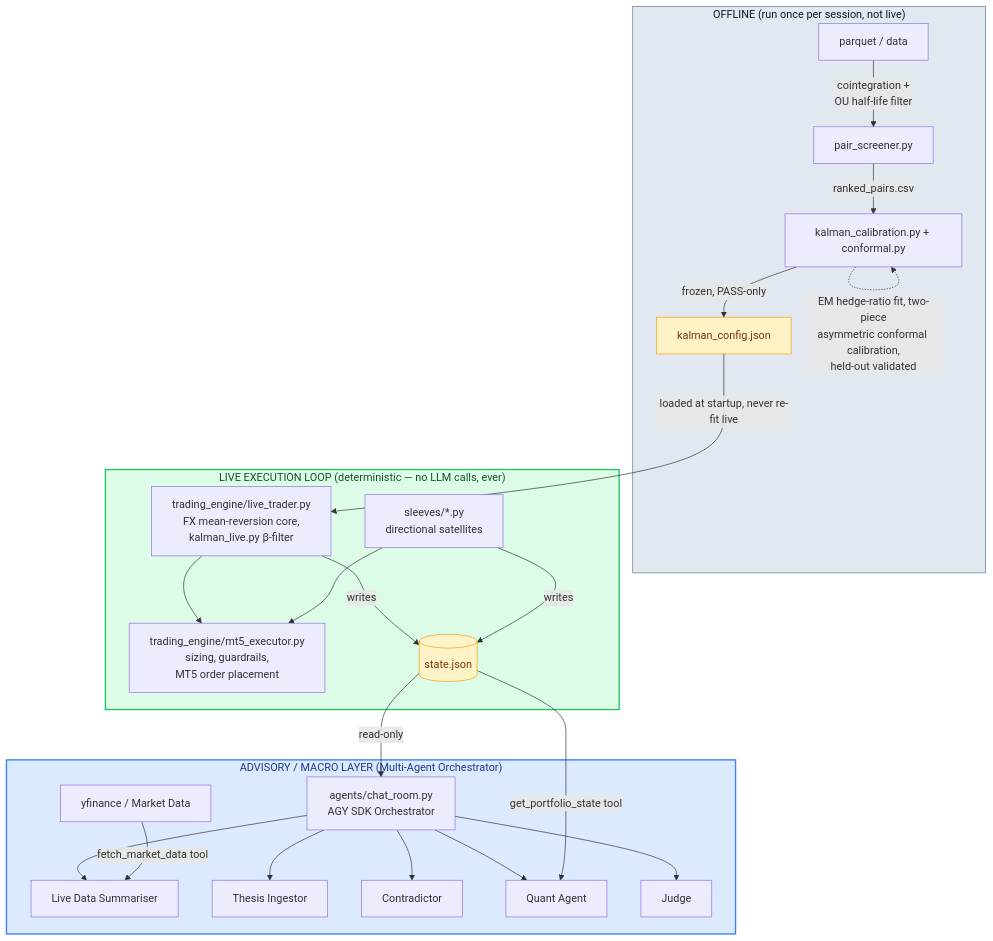
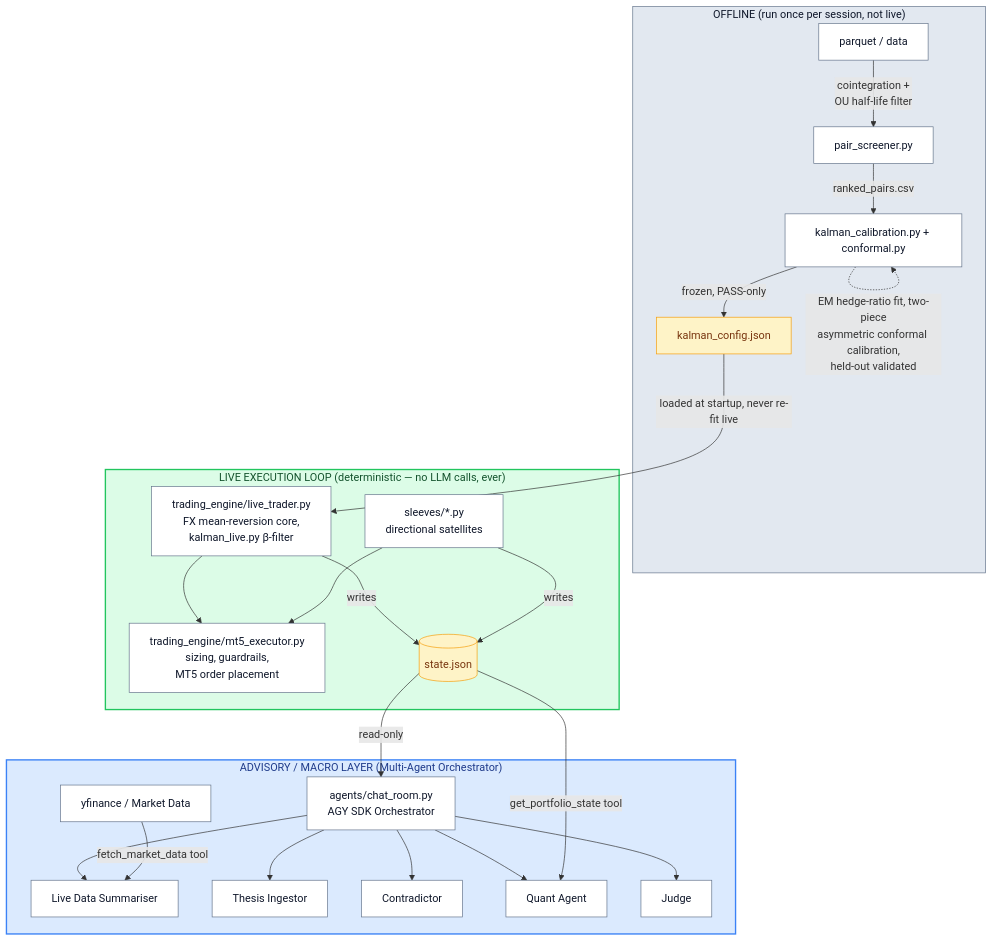
One commit to timotheemaurin2005/model-to-market-quant-hack changed the diagram in README.md. Above: the diagram before and after it, drawn with Mermaid.

Commit message:
docs: Fix Mermaid node coloring in dark mode

````diff
--- a/README.md
+++ b/README.md
@@ -31,47 +31,48 @@
 ```mermaid
 flowchart TD
     subgraph Offline["OFFLINE (run once per session, not live)"]
         A1[parquet / data] -->|cointegration +\nOU half-life filter| A2[pair_screener.py]
         A2 -->|ranked_pairs.csv| A3[kalman_calibration.py + conformal.py]
         A3 -.->|EM hedge-ratio fit, two-piece\nasymmetric conformal calibration,\nheld-out validated| A3
         A3 -->|frozen, PASS-only| A4[kalman_config.json]
     end
 
     A4 -->|loaded at startup, never re-fit live| B1
 
     subgraph LiveLoop["LIVE EXECUTION LOOP (deterministic — no LLM calls, ever)"]
         B1[trading_engine/live_trader.py\nFX mean-reversion core,\nkalman_live.py β-filter]
         B2[sleeves/*.py\ndirectional satellites]
         
         B1 --> B3[trading_engine/mt5_executor.py\nsizing, guardrails,\nMT5 order placement]
         B2 --> B3
         
         B1 -->|writes| B4[(state.json)]
         B2 -->|writes| B4
     end
 
     B4 -->|read-only| C1
 
     subgraph Advisory["ADVISORY / MACRO LAYER (Multi-Agent Orchestrator)"]
         C1[agents/chat_room.py\nAGY SDK Orchestrator] 
         
         C1 --> S1[Live Data Summariser]
         C1 --> S2[Thesis Ingestor]
         C1 --> S3[Contradictor]
         C1 --> S4[Quant Agent]
         C1 --> S5[Judge]
         
         C2[yfinance / Market Data] -->|fetch_market_data tool| S1
         B4 -->|get_portfolio_state tool| S4
     end
 
+    classDef default fill:#ffffff,stroke:#64748b,stroke-width:1px,color:#0f172a
     classDef offline fill:#e2e8f0,stroke:#64748b,stroke-width:1px,color:#0f172a
     classDef live fill:#dcfce7,stroke:#22c55e,stroke-width:2px,color:#14532d
     classDef advisory fill:#dbeafe,stroke:#3b82f6,stroke-width:2px,color:#1e3a8a
     classDef data fill:#fef3c7,stroke:#f59e0b,stroke-width:1px,color:#78350f
 
     class Offline offline
     class LiveLoop live
     class Advisory advisory
     class A4,B4 data
 ```
````
